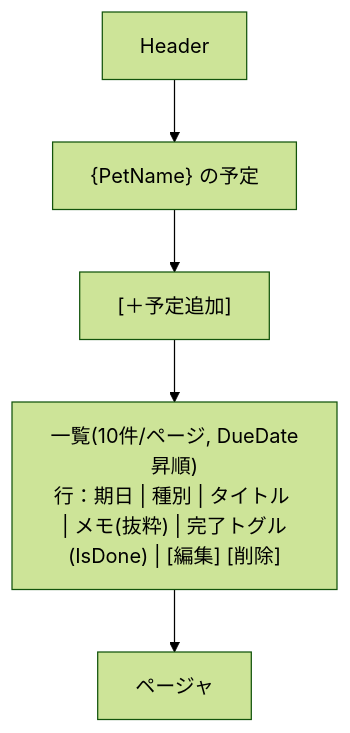
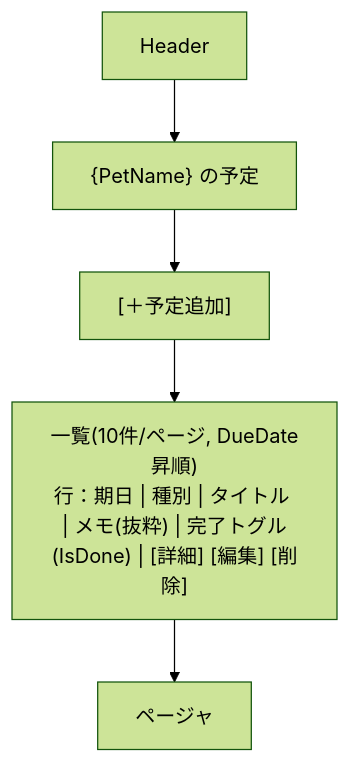
The ninth of 13 diagrams in docs/ui-wireframe.md (Cat5Dog2/PetHealthManagement), drawn with Mermaid (forest theme) before and after one commit. The commit also changed other lines of this file and 3 other files, not shown here.

````diff
--- a/docs/ui-wireframe.md
+++ b/docs/ui-wireframe.md
@@ -109,10 +129,10 @@
 ```mermaid
 flowchart TB
   Header["Header"]
   Title["{PetName} の予定"]
   Actions["[＋予定追加]"]
-  List["一覧(10件/ページ, DueDate昇順)<br/>行：期日 | 種別 | タイトル | メモ(抜粋) | 完了トグル(IsDone) | [編集] [削除]"]
+  List["一覧(10件/ページ, DueDate昇順)<br/>行：期日 | 種別 | タイトル | メモ(抜粋) | 完了トグル(IsDone) | [詳細] [編集] [削除]"]
   Pager["ページャ"]
 
   Header --> Title --> Actions --> List --> Pager
 ```
````
